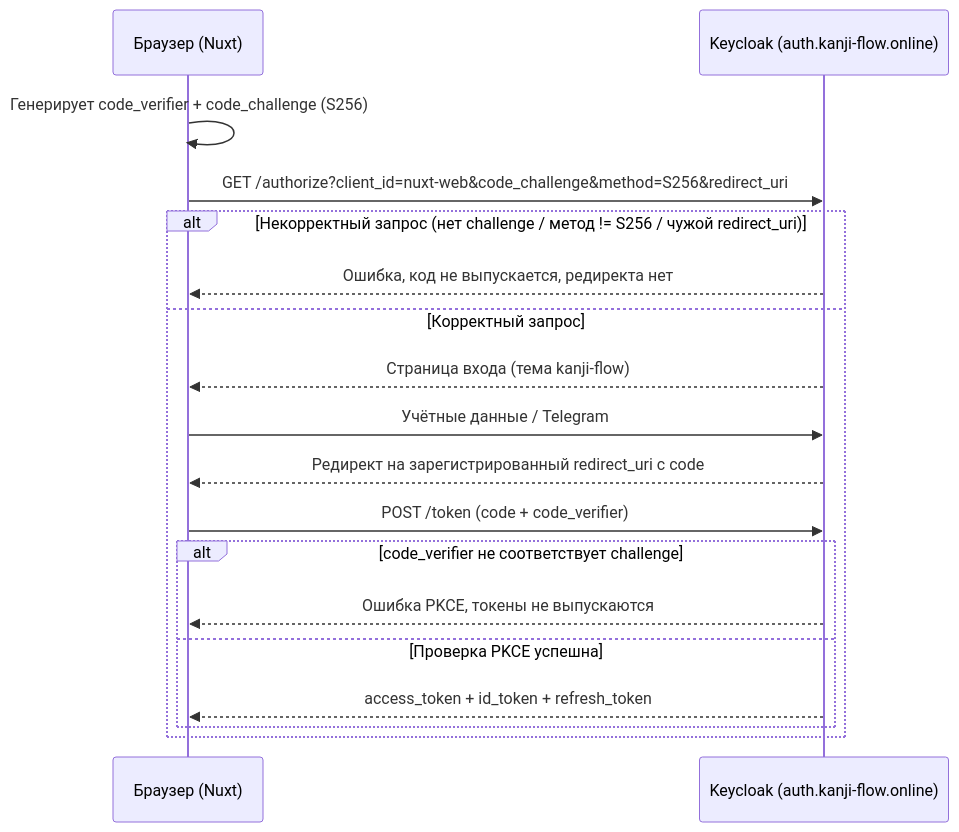
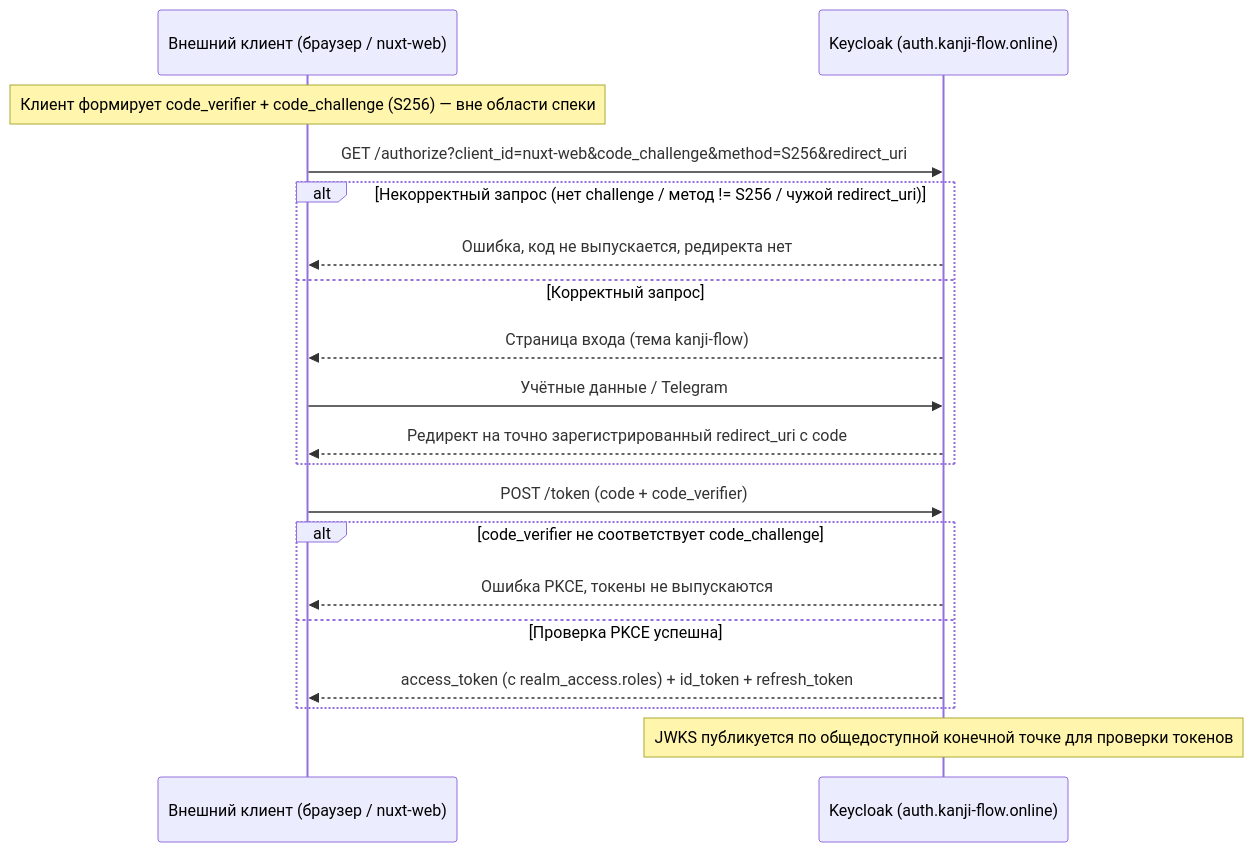
One commit to ciel69/keycloak-kanji changed the third of 3 diagrams in .kiro/specs/custom-auth-page/design.md. Above: the diagram before and after it, drawn with Mermaid. The commit also changed other lines of this file and 2 other files, not shown here.

Commit message:
docs(spec): rescope to Keycloak-only (remove Nuxt/NestJS behavioral reqs)

````diff
--- a/.kiro/specs/custom-auth-page/design.md
+++ b/.kiro/specs/custom-auth-page/design.md
@@ -313,20 +326,21 @@
 ```mermaid
 sequenceDiagram
-    participant B as Браузер (Nuxt)
+    participant B as Внешний клиент (браузер / nuxt-web)
     participant KC as Keycloak (auth.kanji-flow.online)
-    B->>B: Генерирует code_verifier + code_challenge (S256)
+    Note over B: Клиент формирует code_verifier + code_challenge (S256) — вне области спеки
     B->>KC: GET /authorize?client_id=nuxt-web&code_challenge&method=S256&redirect_uri
     alt Некорректный запрос (нет challenge / метод != S256 / чужой redirect_uri)
         KC-->>B: Ошибка, код не выпускается, редиректа нет
     else Корректный запрос
         KC-->>B: Страница входа (тема kanji-flow)
         B->>KC: Учётные данные / Telegram
-        KC-->>B: Редирект на зарегистрированный redirect_uri с code
-        B->>KC: POST /token (code + code_verifier)
-        alt code_verifier не соответствует challenge
-            KC-->>B: Ошибка PKCE, токены не выпускаются
-        else Проверка PKCE успешна
-            KC-->>B: access_token + id_token + refresh_token
-        end
+        KC-->>B: Редирект на точно зарегистрированный redirect_uri с code
     end
+    B->>KC: POST /token (code + code_verifier)
+    alt code_verifier не соответствует code_challenge
+        KC-->>B: Ошибка PKCE, токены не выпускаются
+    else Проверка PKCE успешна
+        KC-->>B: access_token (с realm_access.roles) + id_token + refresh_token
+    end
+    Note over KC: JWKS публикуется по общедоступной конечной точке для проверки токенов
 ```
````
